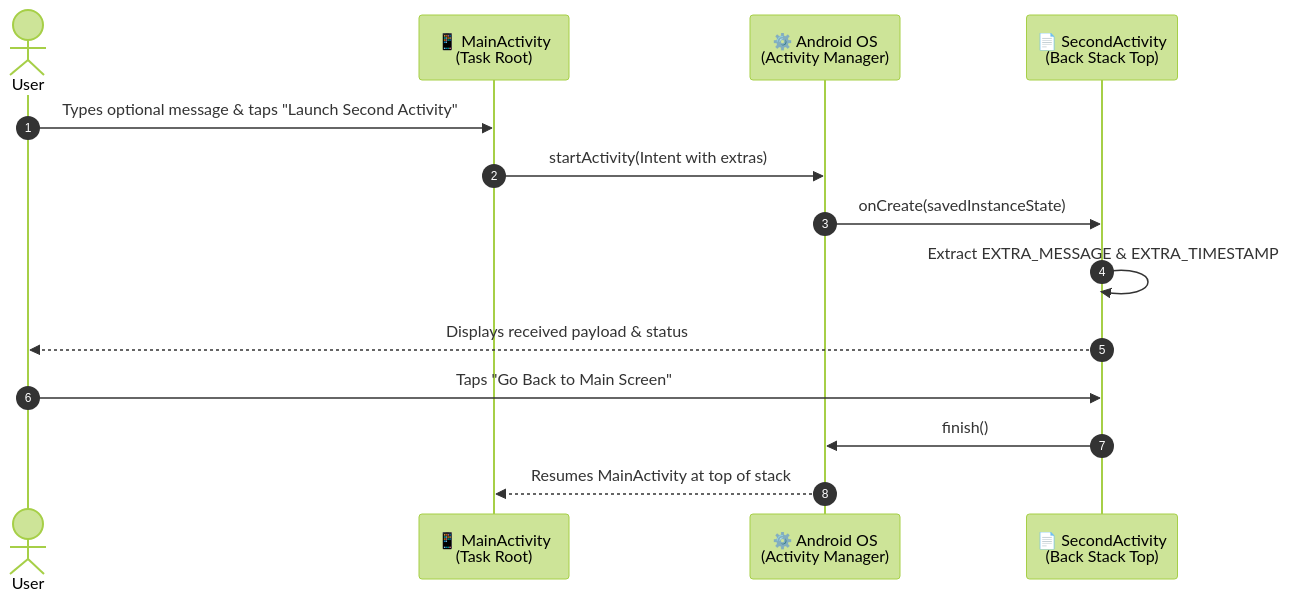
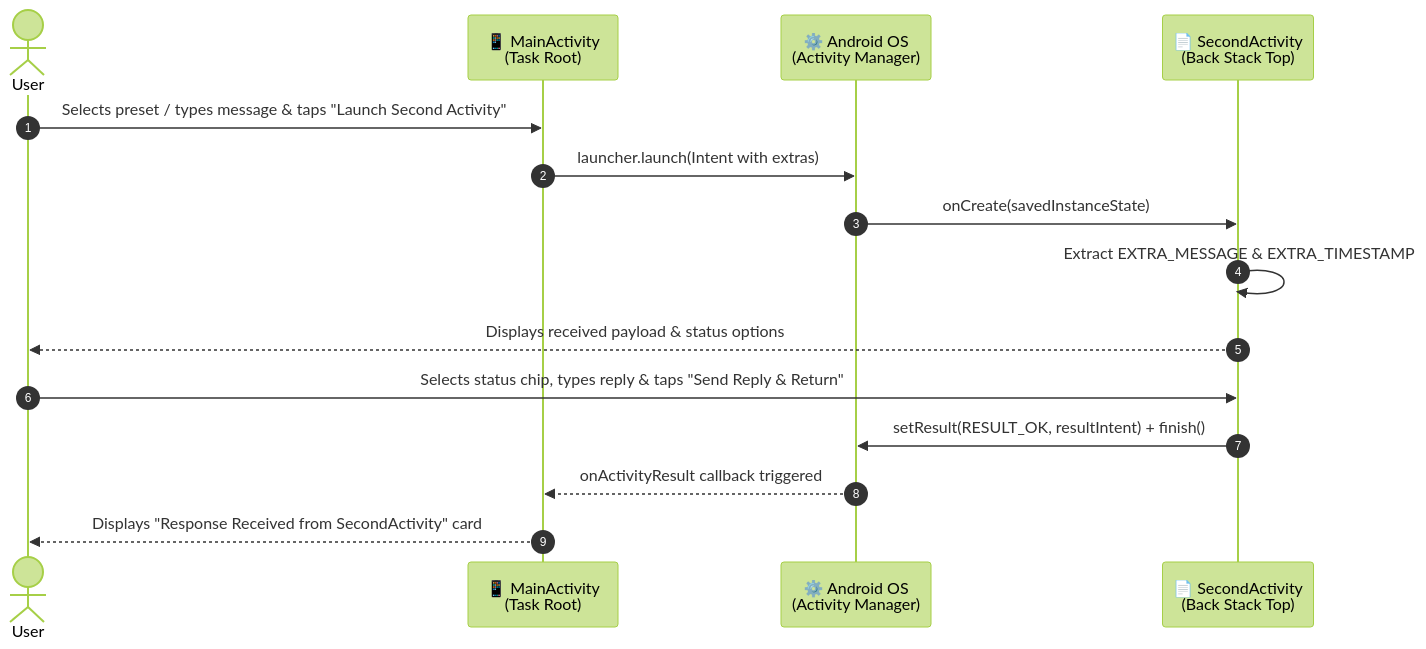
Before and after one commit to Rajapakshaminindu/assingment01-activity-navigation: the diagram in README.md, drawn with Mermaid (forest theme). The commit also changed other lines of this file and 1 other file, not shown here.

Commit message:
test & docs: add Activity Result contract tests and update architecture sequence diagrams

````diff
--- a/README.md
+++ b/README.md
@@ -30,17 +30,18 @@
 ```mermaid
 sequenceDiagram
     autonumber
     actor User
     participant MainActivity as 📱 MainActivity<br/>(Task Root)
     participant AndroidOS as ⚙️ Android OS<br/>(Activity Manager)
     participant SecondActivity as 📄 SecondActivity<br/>(Back Stack Top)
 
-    User->>MainActivity: Types optional message & taps "Launch Second Activity"
-    MainActivity->>AndroidOS: startActivity(Intent with extras)
+    User->>MainActivity: Selects preset / types message & taps "Launch Second Activity"
+    MainActivity->>AndroidOS: launcher.launch(Intent with extras)
     AndroidOS->>SecondActivity: onCreate(savedInstanceState)
     SecondActivity->>SecondActivity: Extract EXTRA_MESSAGE & EXTRA_TIMESTAMP
-    SecondActivity-->>User: Displays received payload & status
-    User->>SecondActivity: Taps "Go Back to Main Screen"
-    SecondActivity->>AndroidOS: finish()
-    AndroidOS-->>MainActivity: Resumes MainActivity at top of stack
+    SecondActivity-->>User: Displays received payload & status options
+    User->>SecondActivity: Selects status chip, types reply & taps "Send Reply & Return"
+    SecondActivity->>AndroidOS: setResult(RESULT_OK, resultIntent) + finish()
+    AndroidOS-->>MainActivity: onActivityResult callback triggered
+    MainActivity-->>User: Displays "Response Received from SecondActivity" card
 ```
````
